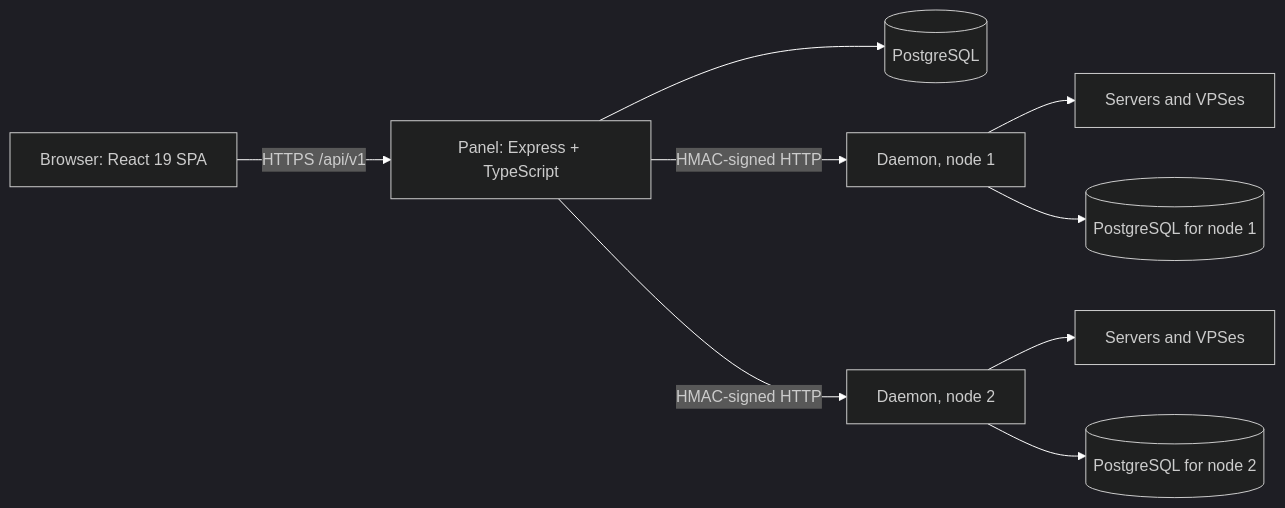
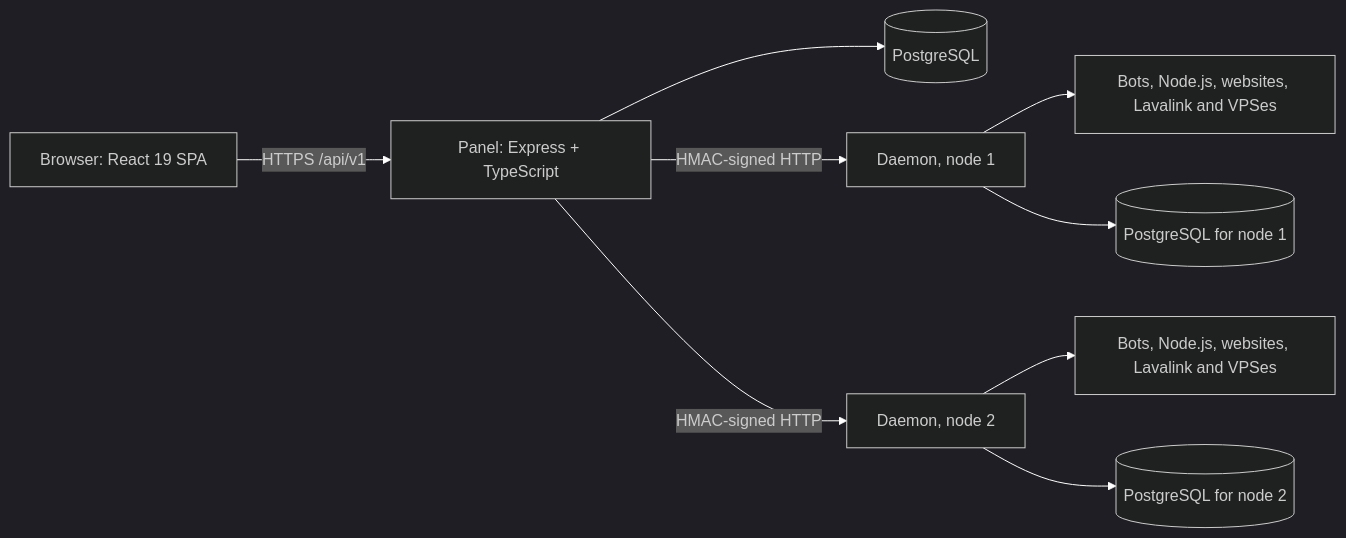
Before and after one commit to MonoPanelOFFICIAL/MonoPanel-Home: the first of 2 diagrams in src/content/docs/architecture.mdx, drawn with Mermaid. The commit also changed other lines of this file and 24 other files, not shown here.

````diff
--- a/src/content/docs/architecture.mdx
+++ b/src/content/docs/architecture.mdx
@@ -10,12 +10,12 @@
 ```mermaid
 %%{init: {"theme": "dark", "themeVariables": {"primaryColor": "#111", "primaryTextColor": "#e0e0e0", "primaryBorderColor": "#666", "lineColor": "#fff", "secondaryColor": "#1c1c1c", "tertiaryColor": "#222", "fontFamily": "ui-monospace, SF Mono, Fira Code, monospace"}} }%%
 flowchart LR
     B["Browser: React 19 SPA"] -->|"HTTPS /api/v1"| P["Panel: Express + TypeScript"]
     P --> DB[("PostgreSQL")]
     P -->|"HMAC-signed HTTP"| D1["Daemon, node 1"]
     P -->|"HMAC-signed HTTP"| D2["Daemon, node 2"]
-    D1 --> S1["Servers and VPSes"]
-    D2 --> S2["Servers and VPSes"]
+    D1 --> S1["Bots, Node.js, websites, Lavalink and VPSes"]
+    D2 --> S2["Bots, Node.js, websites, Lavalink and VPSes"]
     D1 --> DB1[("PostgreSQL for node 1")]
     D2 --> DB2[("PostgreSQL for node 2")]
 ```
````
